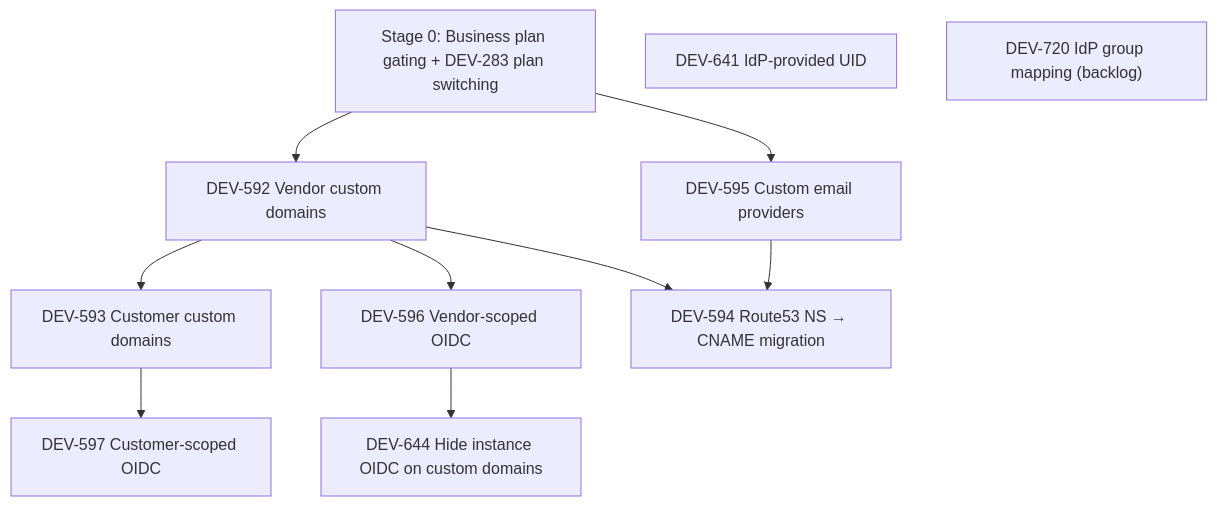
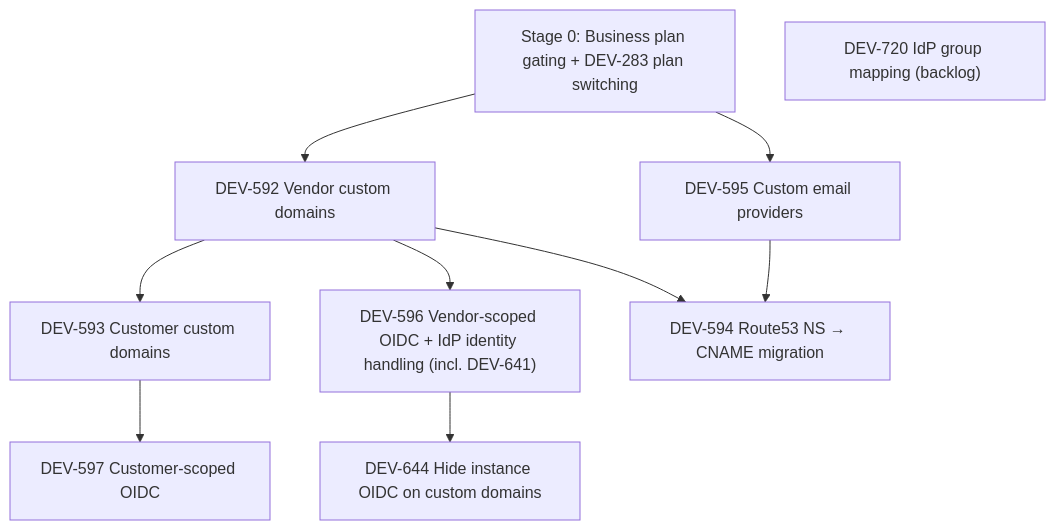
Before and after one commit to distr-sh/distr: the diagram in hack/oidc-plan.md, drawn with Mermaid. The commit also changed other lines of this file and 43 other files, not shown here.

````diff
--- a/hack/oidc-plan.md
+++ b/hack/oidc-plan.md
@@ -18,13 +18,12 @@
 ```mermaid
 graph TD
     DEV283["Stage 0: Business plan gating + DEV-283 plan switching"] --> DEV592
     DEV592["DEV-592 Vendor custom domains"] --> DEV593["DEV-593 Customer custom domains"]
-    DEV592 --> DEV596["DEV-596 Vendor-scoped OIDC"]
+    DEV592 --> DEV596["DEV-596 Vendor-scoped OIDC + IdP identity handling (incl. DEV-641)"]
     DEV592 --> DEV594["DEV-594 Route53 NS → CNAME migration"]
     DEV283 --> DEV595
     DEV595["DEV-595 Custom email providers"] --> DEV594
     DEV593 --> DEV597["DEV-597 Customer-scoped OIDC"]
     DEV596 --> DEV644["DEV-644 Hide instance OIDC on custom domains"]
-    DEV641["DEV-641 IdP-provided UID"]
     DEV720["DEV-720 IdP group mapping (backlog)"]
 ```
````
